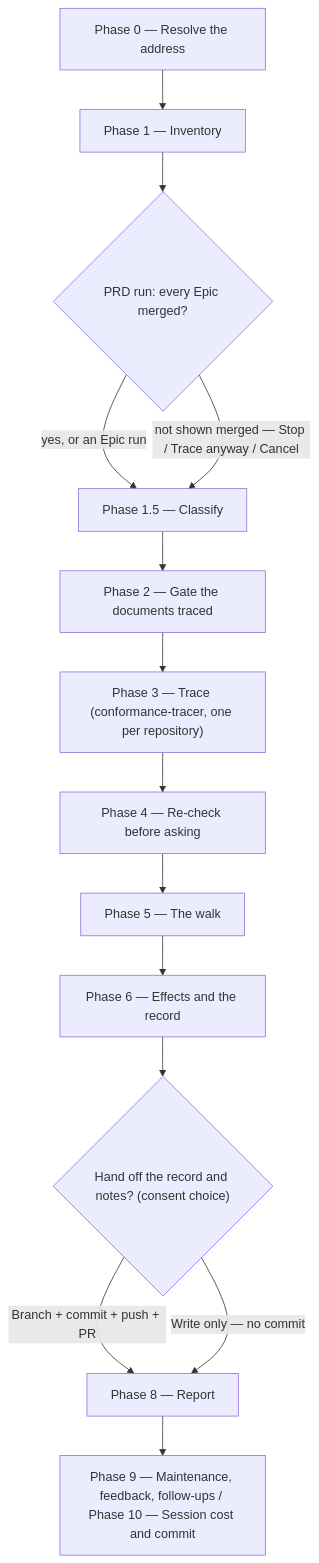
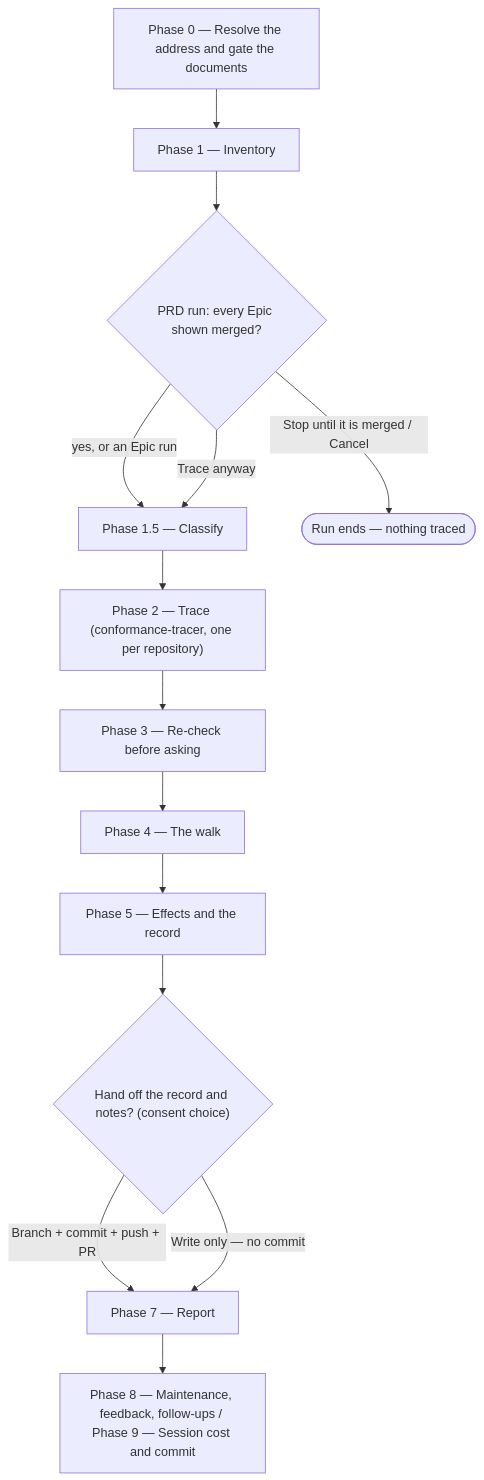
The diagram in plugins/dev-workflows/docs/commands/conformance.md (ihudak/ai-workflows), drawn with Mermaid before and after one commit. The commit also changed other lines of this file and 23 other files, not shown here.

````diff
--- a/plugins/dev-workflows/docs/commands/conformance.md
+++ b/plugins/dev-workflows/docs/commands/conformance.md
@@ -24,16 +24,16 @@
 ```mermaid
 flowchart TD
-    p0["Phase 0 — Resolve the address"] --> p1["Phase 1 — Inventory"]
-    p1 --> d0{"PRD run: every Epic merged?"}
+    p0["Phase 0 — Resolve the address and gate the documents"] --> p1["Phase 1 — Inventory"]
+    p1 --> d0{"PRD run: every Epic shown merged?"}
     d0 -->|"yes, or an Epic run"| p15["Phase 1.5 — Classify"]
-    d0 -->|"not shown merged — Stop / Trace anyway / Cancel"| p15
-    p15 --> p2["Phase 2 — Gate the documents traced"]
-    p2 --> p3["Phase 3 — Trace (conformance-tracer, one per repository)"]
-    p3 --> p4["Phase 4 — Re-check before asking"]
-    p4 --> p5["Phase 5 — The walk"]
-    p5 --> p6["Phase 6 — Effects and the record"]
-    p6 --> d1{"Hand off the record and notes? (consent choice)"}
-    d1 -->|"Branch + commit + push + PR"| p8["Phase 8 — Report"]
-    d1 -->|"Write only — no commit"| p8
-    p8 --> p910["Phase 9 — Maintenance, feedback, follow-ups / Phase 10 — Session cost and commit"]
+    d0 -->|"Trace anyway"| p15
+    d0 -->|"Stop until it is merged / Cancel"| stop(["Run ends — nothing traced"])
+    p15 --> p2["Phase 2 — Trace (conformance-tracer, one per repository)"]
+    p2 --> p3["Phase 3 — Re-check before asking"]
+    p3 --> p4["Phase 4 — The walk"]
+    p4 --> p5["Phase 5 — Effects and the record"]
+    p5 --> d1{"Hand off the record and notes? (consent choice)"}
+    d1 -->|"Branch + commit + push + PR"| p7["Phase 7 — Report"]
+    d1 -->|"Write only — no commit"| p7
+    p7 --> p89["Phase 8 — Maintenance, feedback, follow-ups / Phase 9 — Session cost and commit"]
 ```
````
